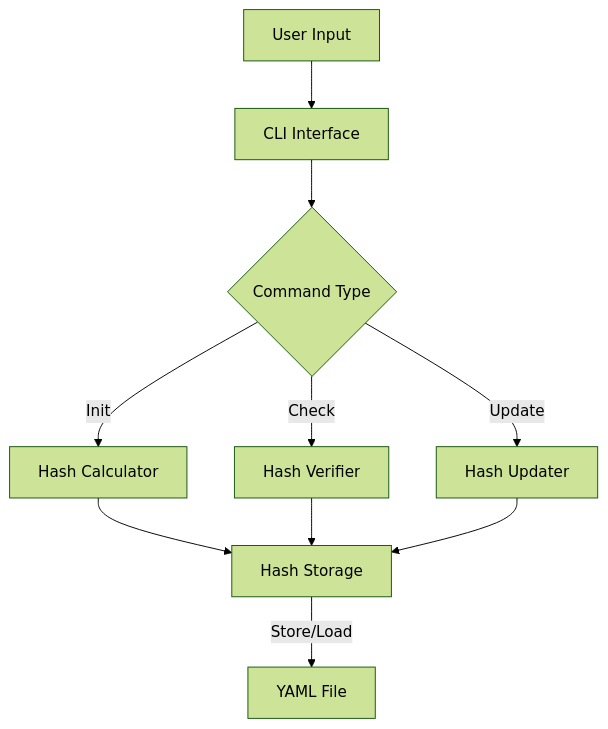
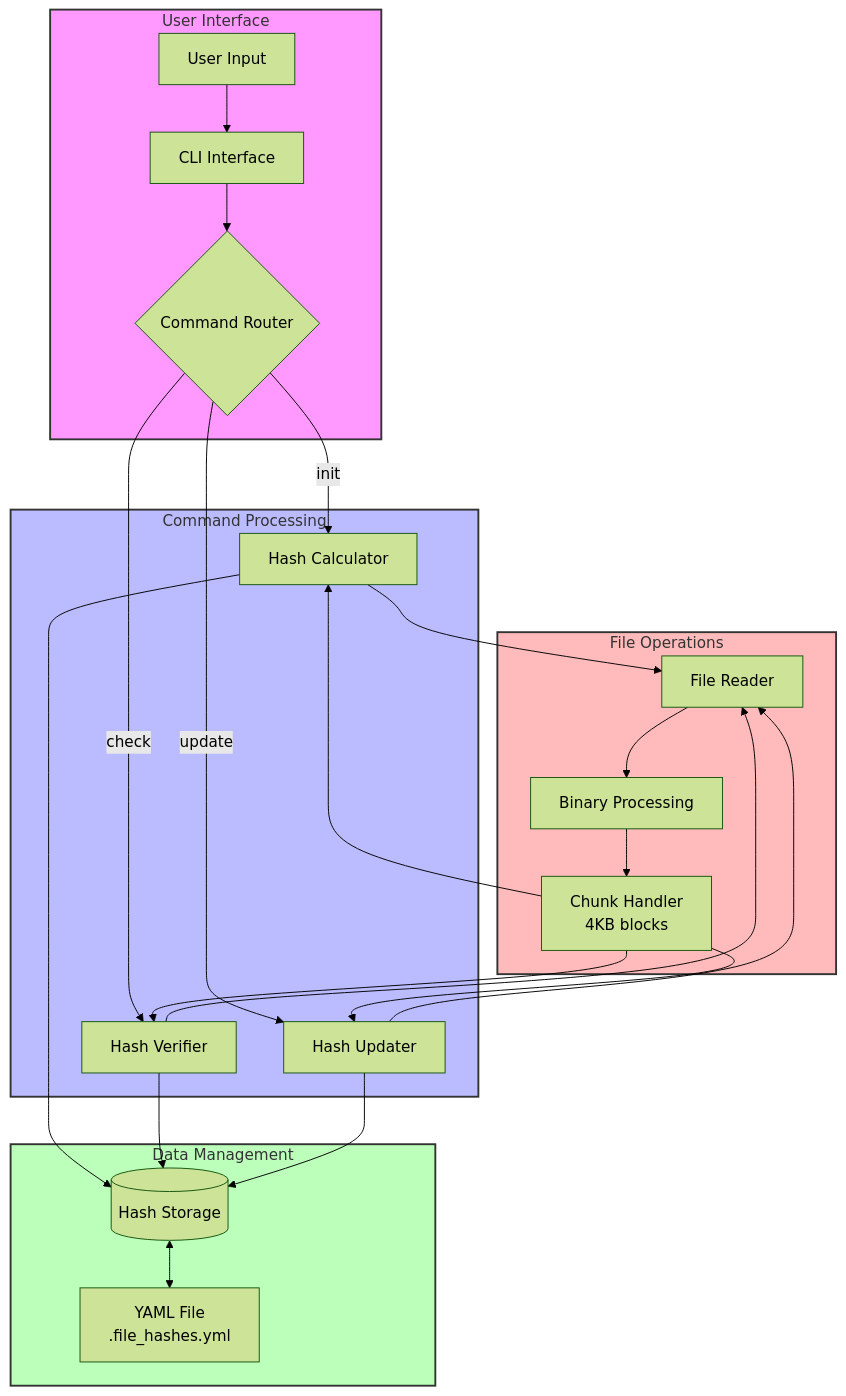
One commit to kaalpanikh/file-integrity-checker changed the diagram in README.md. Above: the diagram before and after it, drawn with Mermaid (forest theme). The commit also changed other lines of this file, not shown here.

Commit message:
updated architecture

````diff
--- a/README.md
+++ b/README.md
@@ -43,12 +43,39 @@
 ```mermaid
-graph TD
-    A[User Input] --> B[CLI Interface]
-    B --> C{Command Type}
-    C -->|Init| D[Hash Calculator]
-    C -->|Check| E[Hash Verifier]
-    C -->|Update| F[Hash Updater]
-    D --> G[Hash Storage]
+flowchart TD
+    subgraph User["User Interface"]
+        A[User Input] --> B[CLI Interface]
+        B --> C{Command Router}
+    end
+
+    subgraph Commands["Command Processing"]
+        C -->|"init"| D[Hash Calculator]
+        C -->|"check"| E[Hash Verifier]
+        C -->|"update"| F[Hash Updater]
+    end
+
+    subgraph Storage["Data Management"]
+        G[(Hash Storage)]
+        H[YAML File<br/>.file_hashes.yml]
+    end
+
+    subgraph FileOps["File Operations"]
+        I[File Reader] --> J[Binary Processing]
+        J --> K[Chunk Handler<br/>4KB blocks]
+    end
+
+    D --> I
+    E --> I
+    F --> I
+    K --> D
+    K --> E
+    K --> F
+    D --> G
     E --> G
     F --> G
-    G -->|Store/Load| H[YAML File]
+    G <--> H
+
+    style User fill:#f9f,stroke:#333,stroke-width:2px
+    style Commands fill:#bbf,stroke:#333,stroke-width:2px
+    style Storage fill:#bfb,stroke:#333,stroke-width:2px
+    style FileOps fill:#fbb,stroke:#333,stroke-width:2px
 ```
````
